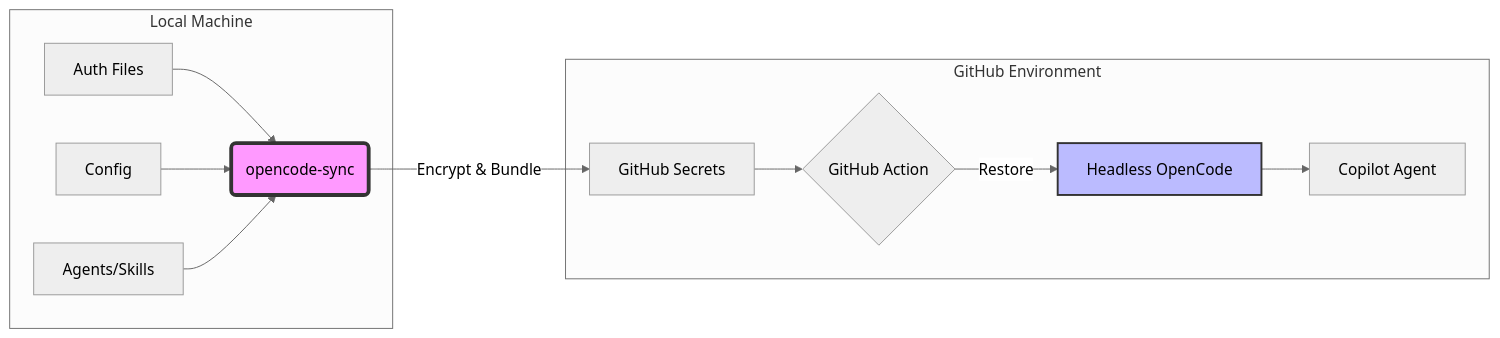
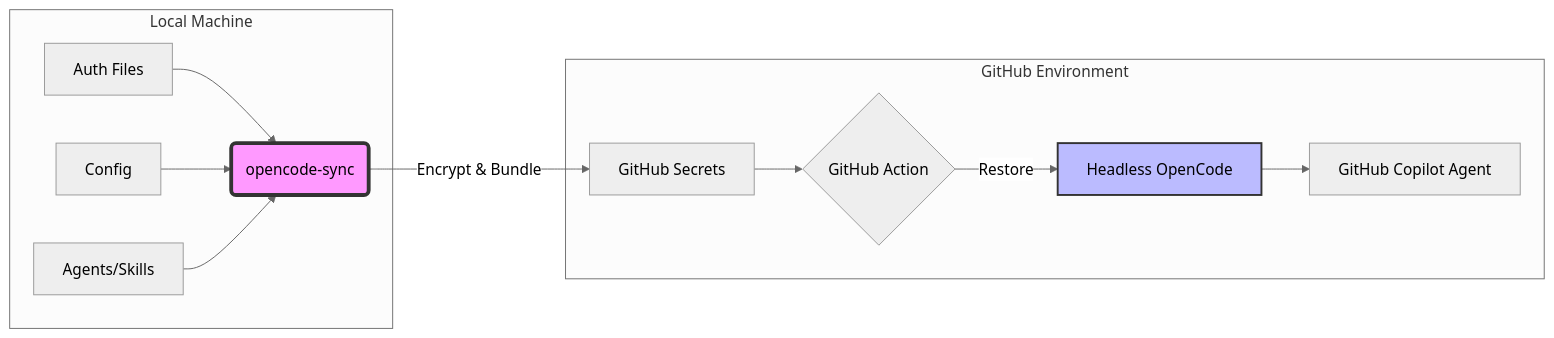
Before and after one commit to rothnic/opencode-sync: the first of 2 diagrams in README.md, drawn with Mermaid (neutral theme). The commit also changed other lines of this file, not shown here.

````diff
--- a/README.md
+++ b/README.md
@@ -9,19 +9,19 @@
 ```mermaid
 graph LR
     subgraph Local["Local Machine"]
         A[Auth Files] --> B(opencode-sync)
         C[Config] --> B
         D[Agents/Skills] --> B
     end
     
     B -- "Encrypt & Bundle" --> E[GitHub Secrets]
     
     subgraph GitHub["GitHub Environment"]
         E --> F{GitHub Action}
         F -- "Restore" --> G[Headless OpenCode]
-        G --> H[Copilot Agent]
+        G --> H[GitHub Copilot Agent]
     end
     
     style B fill:#f9f,stroke:#333,stroke-width:4px
     style G fill:#bbf,stroke:#333,stroke-width:2px
 ```
````
